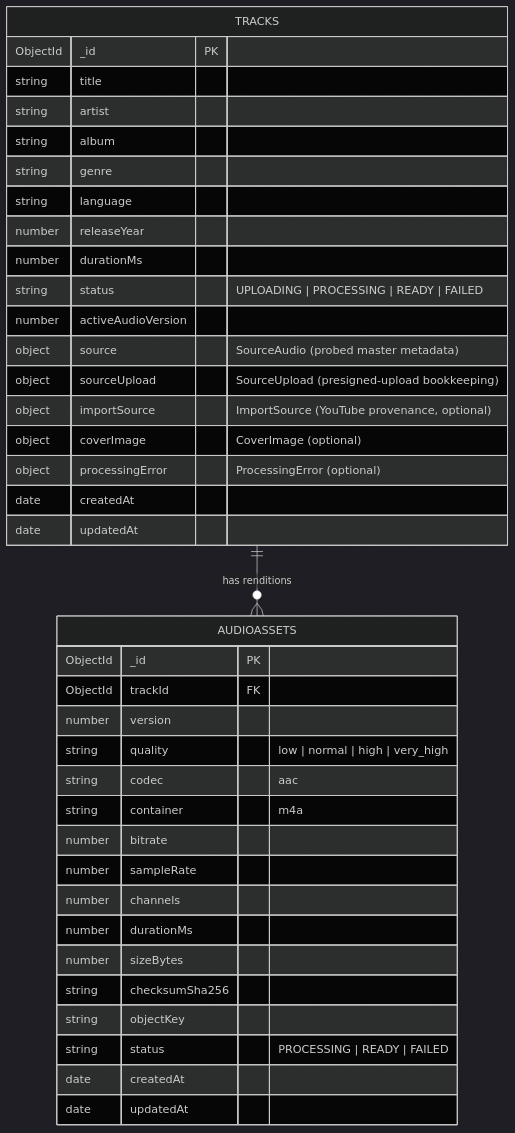
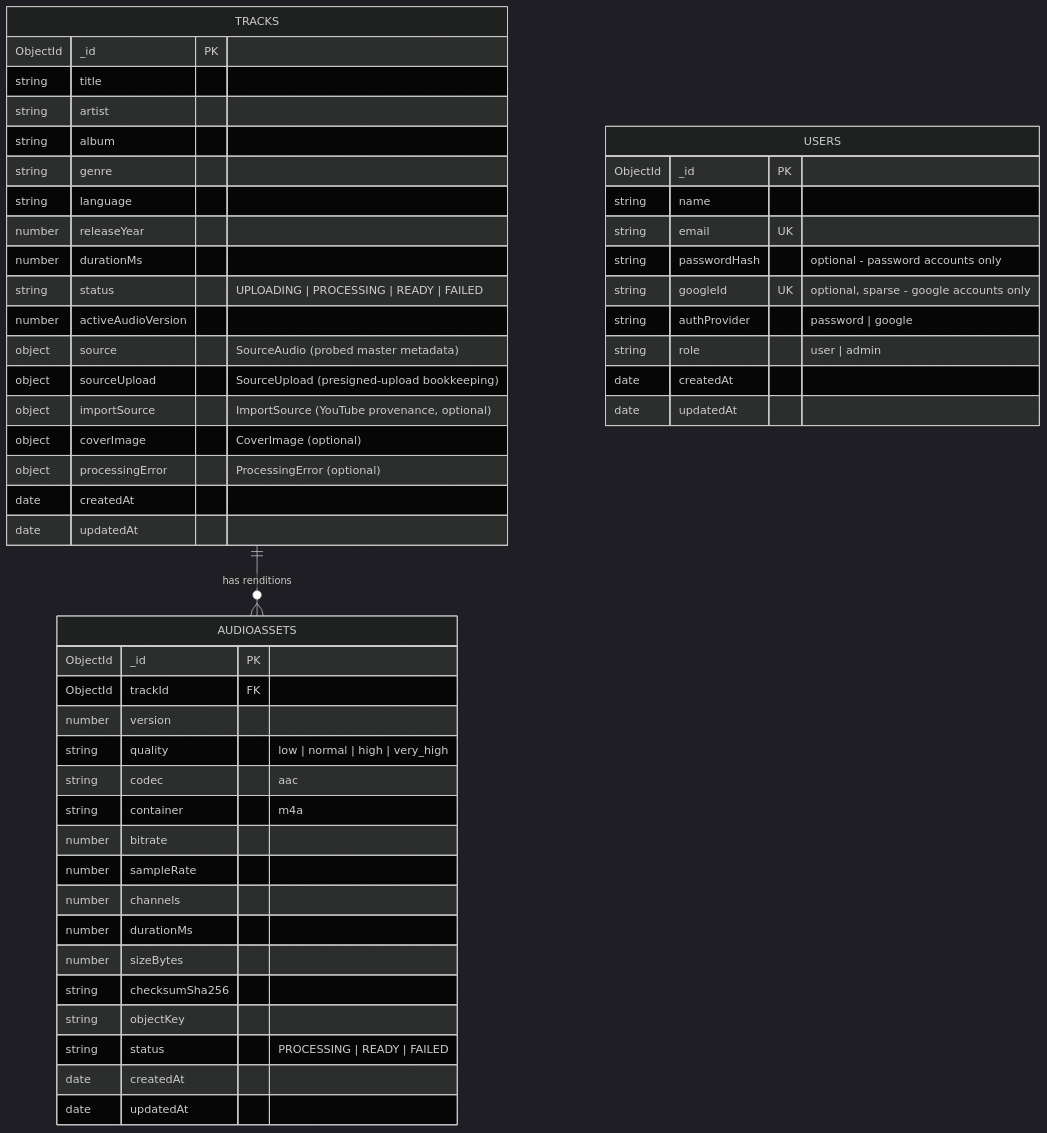
The diagram in docs/v1/DB_SCHEMA.md (Lakshya-Saini/Music-Streaming-App), drawn with Mermaid (dark theme) before and after one commit. The commit also changed other lines of this file and 9 other files, not shown here.

````diff
--- a/docs/v1/DB_SCHEMA.md
+++ b/docs/v1/DB_SCHEMA.md
@@ -9,43 +11,55 @@
 ```mermaid
 erDiagram
     TRACKS ||--o{ AUDIOASSETS : "has renditions"
+
+    USERS {
+        ObjectId _id PK
+        string name
+        string email UK
+        string passwordHash "optional - password accounts only"
+        string googleId UK "optional, sparse - google accounts only"
+        string authProvider "password | google"
+        string role "user | admin"
+        date createdAt
+        date updatedAt
+    }
 
     TRACKS {
         ObjectId _id PK
         string title
         string artist
         string album
         string genre
         string language
         number releaseYear
         number durationMs
         string status "UPLOADING | PROCESSING | READY | FAILED"
         number activeAudioVersion
         object source "SourceAudio (probed master metadata)"
         object sourceUpload "SourceUpload (presigned-upload bookkeeping)"
         object importSource "ImportSource (YouTube provenance, optional)"
         object coverImage "CoverImage (optional)"
         object processingError "ProcessingError (optional)"
         date createdAt
         date updatedAt
     }
 
     AUDIOASSETS {
         ObjectId _id PK
         ObjectId trackId FK
         number version
         string quality "low | normal | high | very_high"
         string codec "aac"
         string container "m4a"
         number bitrate
         number sampleRate
         number channels
         number durationMs
         number sizeBytes
         string checksumSha256
         string objectKey
         string status "PROCESSING | READY | FAILED"
         date createdAt
         date updatedAt
     }
 ```
````
